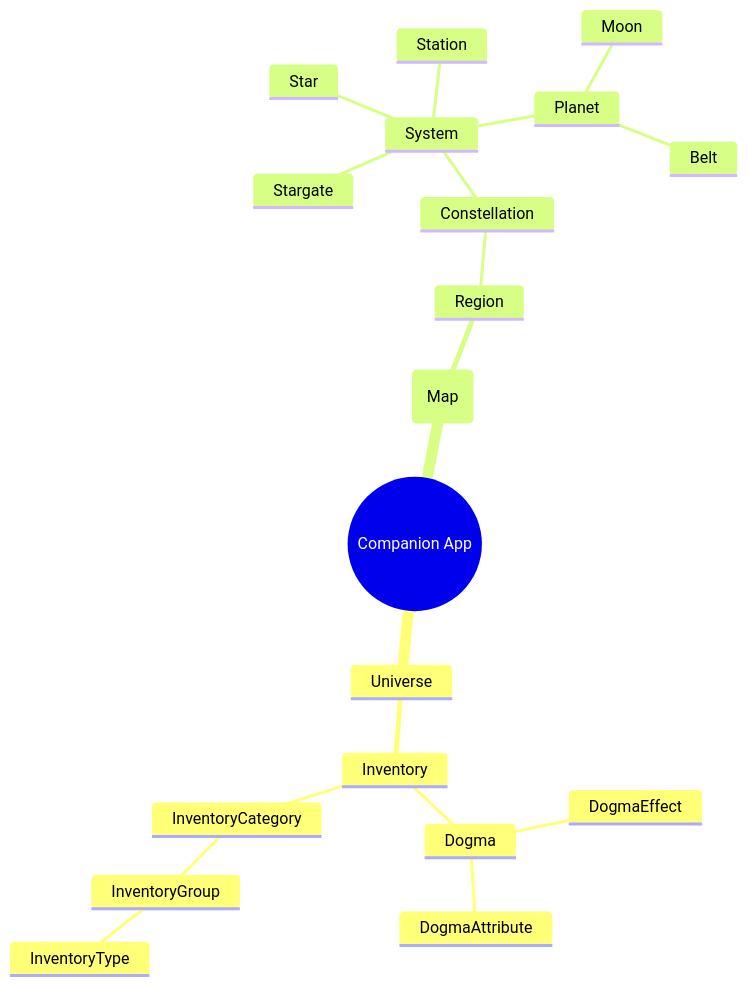
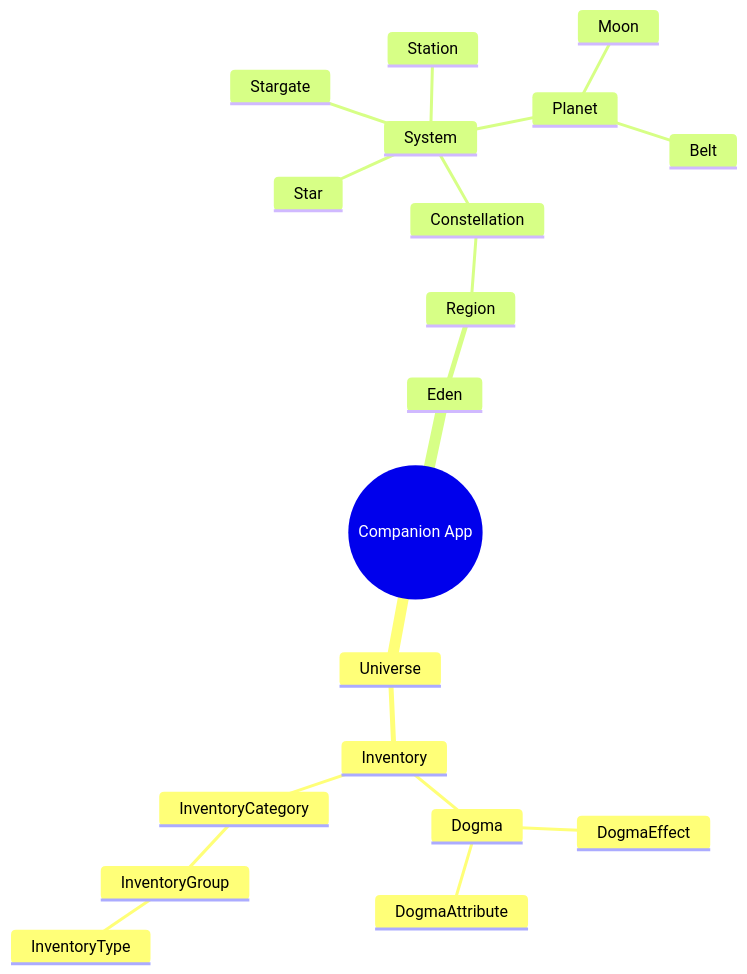
The diagram in README.md (Incomplete-Infinity/eve-companion), drawn with Mermaid before and after one commit.

````diff
--- a/README.md
+++ b/README.md
@@ -41,23 +41,23 @@
 ```mermaid
 mindmap
   root((Companion App))
     Universe
       Inventory
         Dogma
           DogmaEffect
           DogmaAttribute
         InventoryCategory
           InventoryGroup
             InventoryType
-    Eden(Map)
+    Eden
       Region
         Constellation
           System
             Star
             Stargate
             Station
             Planet
               Moon
               Belt
 
 ```
````
